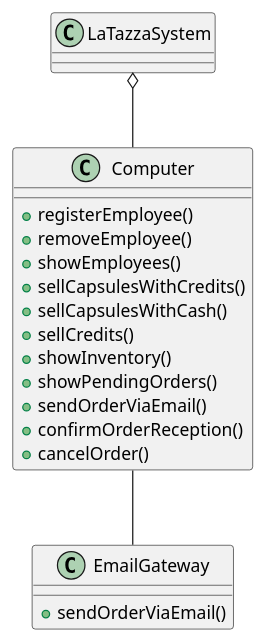
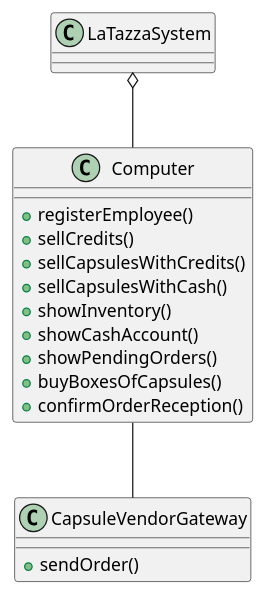
One commit to eloparco/LaTazza changed the fourth of 4 diagrams in requirements.md. Above: the diagram before and after it, drawn with PlantUML. The commit also changed other lines of this file, not shown here.

````diff
--- a/requirements.md
+++ b/requirements.md
@@ -312,26 +330,24 @@
 ```plantuml
 class LaTazzaSystem {
 }
 
 class Computer {
   +registerEmployee()
-  +removeEmployee()
-  +showEmployees()
+  +sellCredits()
   +sellCapsulesWithCredits()
   +sellCapsulesWithCash()
-  +sellCredits()
   +showInventory()
+  +showCashAccount()
   +showPendingOrders()
-  +sendOrderViaEmail()
+  +buyBoxesOfCapsules()
   +confirmOrderReception()
-  +cancelOrder()
 }
 
-class EmailGateway {
-  +sendOrderViaEmail()
+class CapsuleVendorGateway {
+  +sendOrder()
 }
 
 LaTazzaSystem o-- Computer
 
-Computer -- EmailGateway
+Computer -- CapsuleVendorGateway
 ```
````
